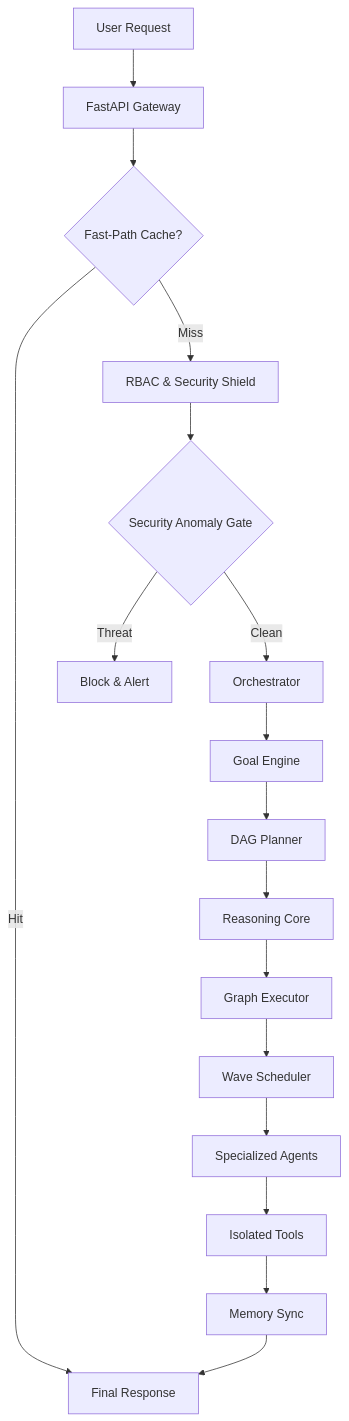
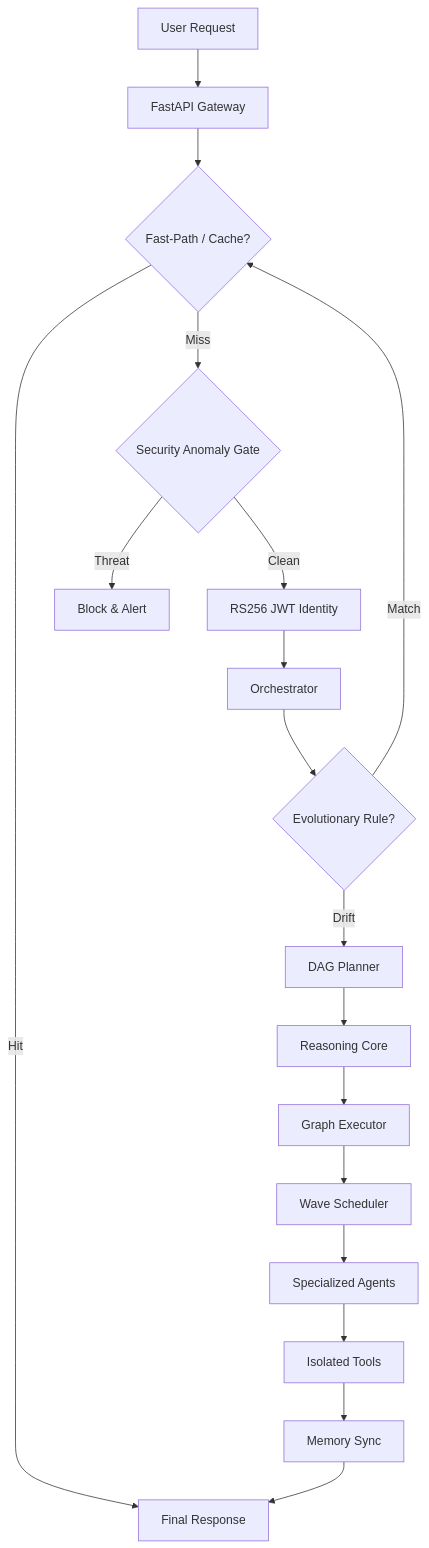
One commit to Blackdrg/levi-ai-innovate changed the first of 4 diagrams in README.md. Above: the diagram before and after it, drawn with Mermaid. The commit also changed other lines of this file and 54 other files, not shown here.

````diff
--- a/README.md
+++ b/README.md
@@ -96,19 +89,20 @@
 ```mermaid
 graph TD
     User[User Request] --> Gateway[FastAPI Gateway]
-    Gateway --> FastPath{Fast-Path Cache?}
+    Gateway --> FastPath{Fast-Path / Cache?}
     FastPath -- Hit --> Response[Response]
-    FastPath -- Miss --> Auth[RBAC & Security Shield]
-    Auth --> SecurityGate{Security Anomaly Gate}
+    FastPath -- Miss --> SecurityGate{Security Anomaly Gate}
     SecurityGate -- Threat --> Block[Block & Alert]
-    SecurityGate -- Clean --> Orchestrator[Orchestrator]
-    Orchestrator --> Goal[Goal Engine]
-    Goal --> Planner[DAG Planner]
+    SecurityGate -- Clean --> Auth[RS256 JWT Identity]
+    Auth --> Orchestrator[Orchestrator]
+    Orchestrator --> Evolution{Evolutionary Rule?}
+    Evolution -- Match --> FastPath
+    Evolution -- Drift --> Planner[DAG Planner]
     Planner --> Reasoning[Reasoning Core]
     Reasoning --> Executor[Graph Executor]
     Executor --> Wave[Wave Scheduler]
     Wave --> Agents[Specialized Agents]
     Agents --> Tools[Isolated Tools]
     Tools --> Memory[Memory Sync]
     Memory --> Response[Final Response]
 ```
````
